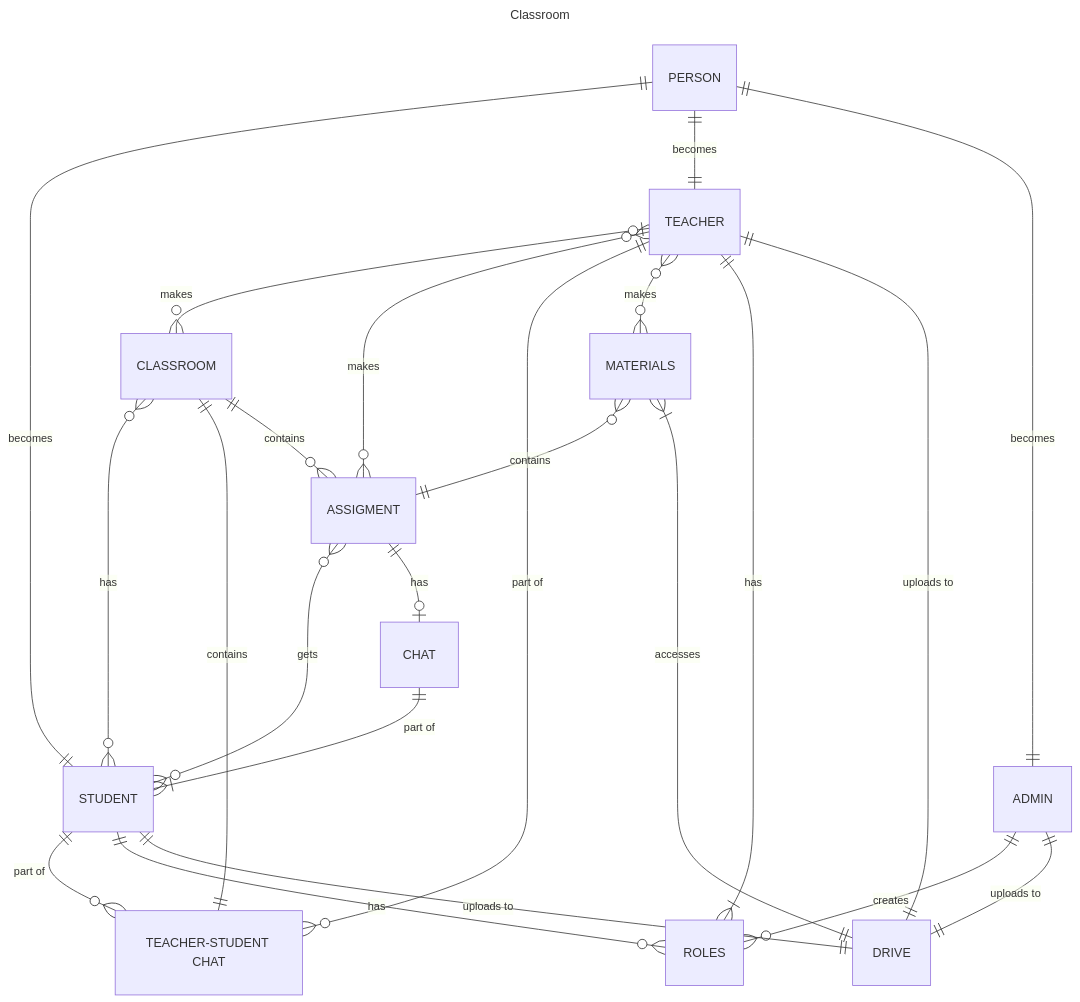
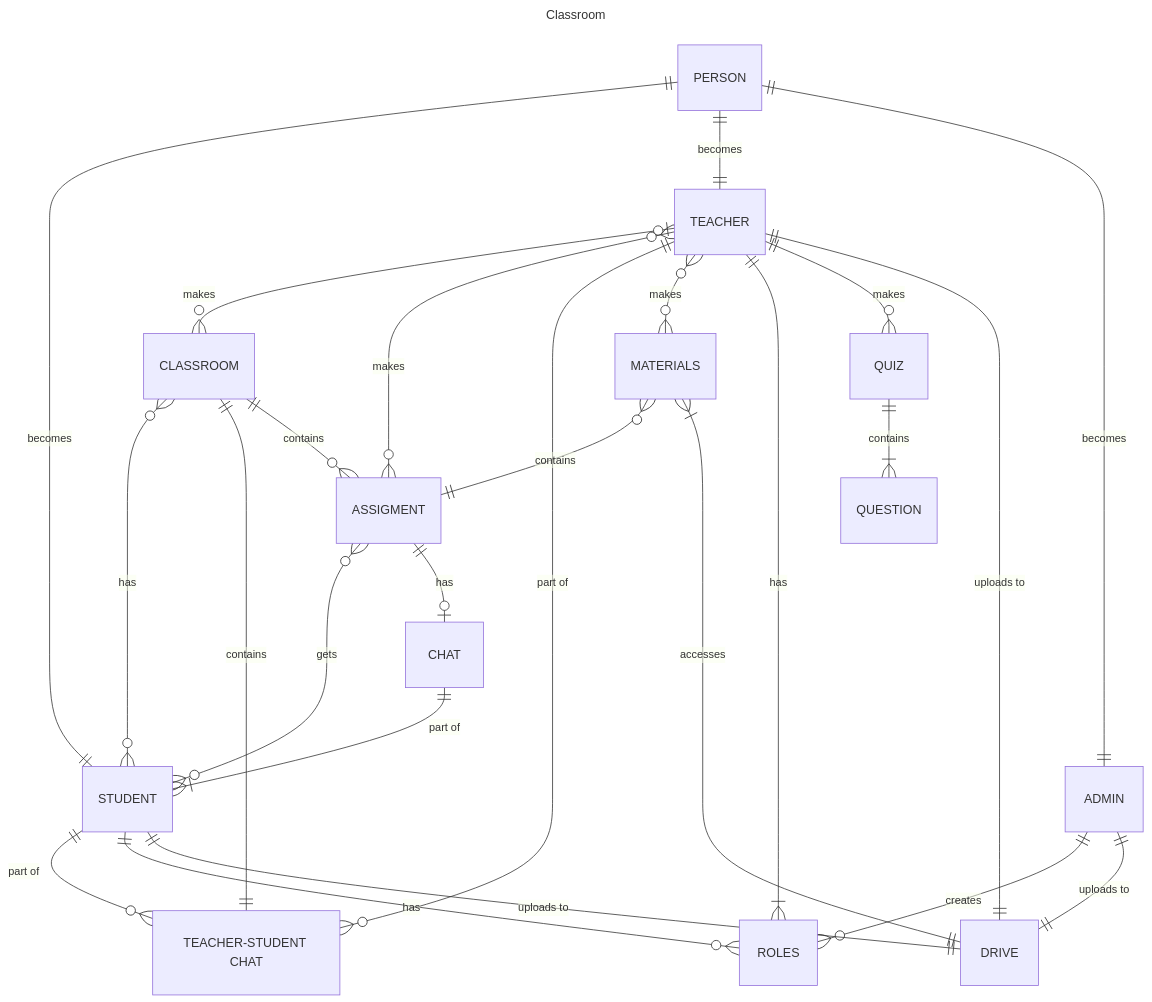
One commit to Pollak-Projects/lp changed the diagram in documentation/diagrams/erdClassroom.mmd. Above: the diagram before and after it, drawn with Mermaid.

Commit message:
added quiz to classroom

```diff
--- a/documentation/diagrams/erdClassroom.mmd
+++ b/documentation/diagrams/erdClassroom.mmd
@@ -1,35 +1,38 @@
 ---
 title: Classroom
 ---
 
 erDiagram
     PERSON ||--|| STUDENT : becomes
     PERSON ||--|| TEACHER : becomes
     PERSON ||--|| ADMIN : becomes
 
     TEACHER |o--o{ CLASSROOM : makes
     TEACHER }o--o{ ASSIGMENT : makes
     TEACHER ||--o{ "TEACHER-STUDENT CHAT" : "part of"
     TEACHER }o--o{ MATERIALS : makes
     TEACHER ||--|{ ROLES : has
+    TEACHER ||--o{ QUIZ : makes
+
+    QUIZ ||--|{ QUESTION : contains
 
     ASSIGMENT }o--o{ STUDENT : gets
 
     MATERIALS }o--|| ASSIGMENT : contains
     MATERIALS }|--|| DRIVE : accesses
 
     CLASSROOM }o--o{ STUDENT : has
     CLASSROOM ||--|| "TEACHER-STUDENT CHAT" : contains
     CLASSROOM ||--o{ ASSIGMENT : contains
 
     ASSIGMENT ||--o| CHAT : has
     CHAT ||--|{ STUDENT : "part of"
 
     STUDENT ||--o{ "TEACHER-STUDENT CHAT" : "part of"
     STUDENT ||--o{ ROLES : has
 
     ADMIN ||--o{ ROLES : creates
 
     STUDENT ||--|| DRIVE : "uploads to"
     TEACHER ||--|| DRIVE : "uploads to"
     ADMIN ||--|| DRIVE : "uploads to"
```
